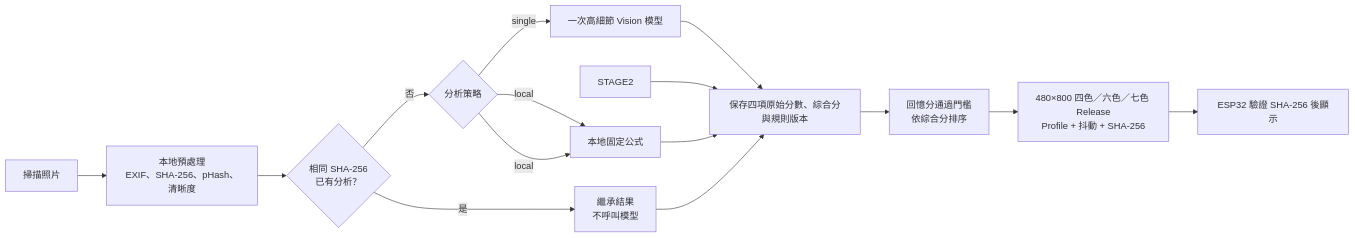
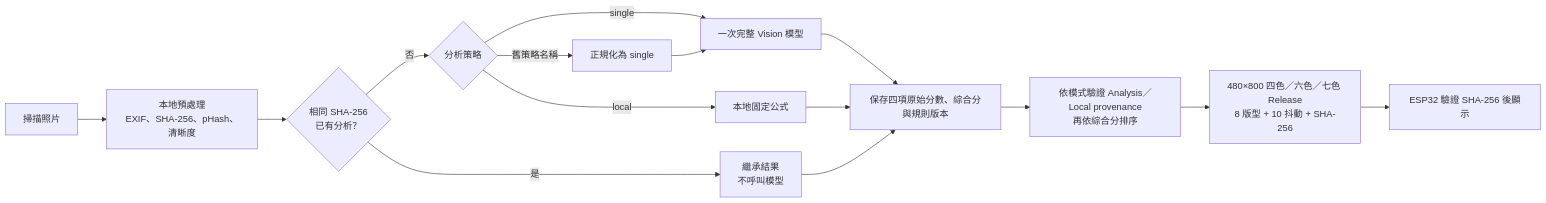
The second of 3 diagrams in docs/architecture/ARCHITECTURE_ZH_TW.md (steven87090799/InkTime), drawn with Mermaid before and after one commit. The commit also changed other lines of this file and 45 other files, not shown here.

Commit message:
docs: sync project documentation with current architecture

````diff
--- a/docs/architecture/ARCHITECTURE_ZH_TW.md
+++ b/docs/architecture/ARCHITECTURE_ZH_TW.md
@@ -69,16 +70,16 @@
 ```mermaid
 flowchart LR
     SCAN["掃描照片"] --> LOCAL["本地預處理<br/>EXIF、SHA-256、pHash、清晰度"]
     LOCAL --> DUP{"相同 SHA-256<br/>已有分析？"}
     DUP -->|"是"| INHERIT["繼承結果<br/>不呼叫模型"]
     DUP -->|"否"| STRATEGY{"分析策略"}
     STRATEGY -->|"local"| LOCAL_SCORE["本地固定公式"]
-    STRATEGY -->|"single"| VISION["一次高細節 Vision 模型"]
-    STRATEGY -->|"local"| LOCAL_SCORE["本地固定公式"]
+    STRATEGY -->|"single"| VISION["一次完整 Vision 模型"]
+    STRATEGY -->|"舊策略名稱"| NORMALIZE["正規化為 single"]
+    NORMALIZE --> VISION
     VISION --> SAVE["保存四項原始分數、綜合分與規則版本"]
-    STAGE2 --> SAVE
     LOCAL_SCORE --> SAVE
     INHERIT --> SAVE
-    SAVE --> PICK["回憶分通過門檻<br/>依綜合分排序"] --> RELEASE["480×800 四色／六色／七色 Release<br/>Profile + 抖動 + SHA-256"]
+    SAVE --> PICK["依模式驗證 Analysis／Local provenance<br/>再依綜合分排序"] --> RELEASE["480×800 四色／六色／七色 Release<br/>8 版型 + 10 抖動 + SHA-256"]
     RELEASE --> DEVICE["ESP32 驗證 SHA-256 後顯示"]
 ```
````
